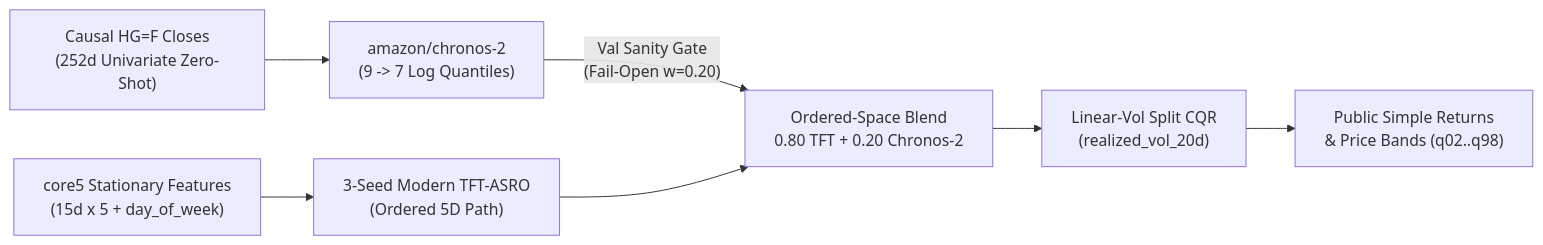
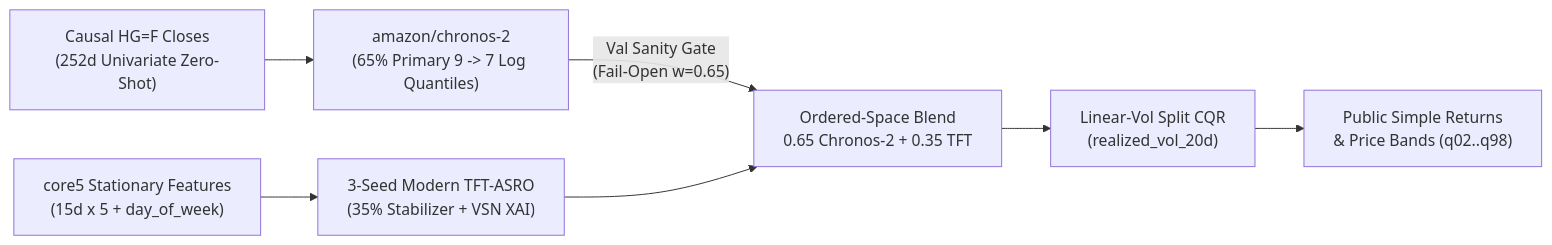
The second of 2 diagrams in README.md (ifieryarrows/terra-rara), drawn with Mermaid before and after one commit. The commit also changed other lines of this file and 26 other files, not shown here.

Commit message:
feat(5d): elevate Chronos-2 (65/35 TFT-ASRO), retire daily XGBoost UI/cron, add causal HAR-GJR stress CQR

````diff
--- a/README.md
+++ b/README.md
@@ -335,9 +335,9 @@
 ```mermaid
 flowchart LR
-    X["core5 Stationary Features<br/>(15d x 5 + day_of_week)"] --> TFT["3-Seed Modern TFT-ASRO<br/>(Ordered 5D Path)"]
-    C["Causal HG=F Closes<br/>(252d Univariate Zero-Shot)"] --> C2["amazon/chronos-2<br/>(9 -> 7 Log Quantiles)"]
-    C2 -->|"Val Sanity Gate<br/>(Fail-Open w=0.20)"| BL["Ordered-Space Blend<br/>0.80 TFT + 0.20 Chronos-2"]
+    X["core5 Stationary Features<br/>(15d x 5 + day_of_week)"] --> TFT["3-Seed Modern TFT-ASRO<br/>(35% Stabilizer + VSN XAI)"]
+    C["Causal HG=F Closes<br/>(252d Univariate Zero-Shot)"] --> C2["amazon/chronos-2<br/>(65% Primary 9 -> 7 Log Quantiles)"]
+    C2 -->|"Val Sanity Gate<br/>(Fail-Open w=0.65)"| BL["Ordered-Space Blend<br/>0.65 Chronos-2 + 0.35 TFT"]
     TFT --> BL
     BL --> CQR["Linear-Vol Split CQR<br/>(realized_vol_20d)"]
     CQR --> PUB["Public Simple Returns<br/>& Price Bands (q02..q98)"]
 ```
````
